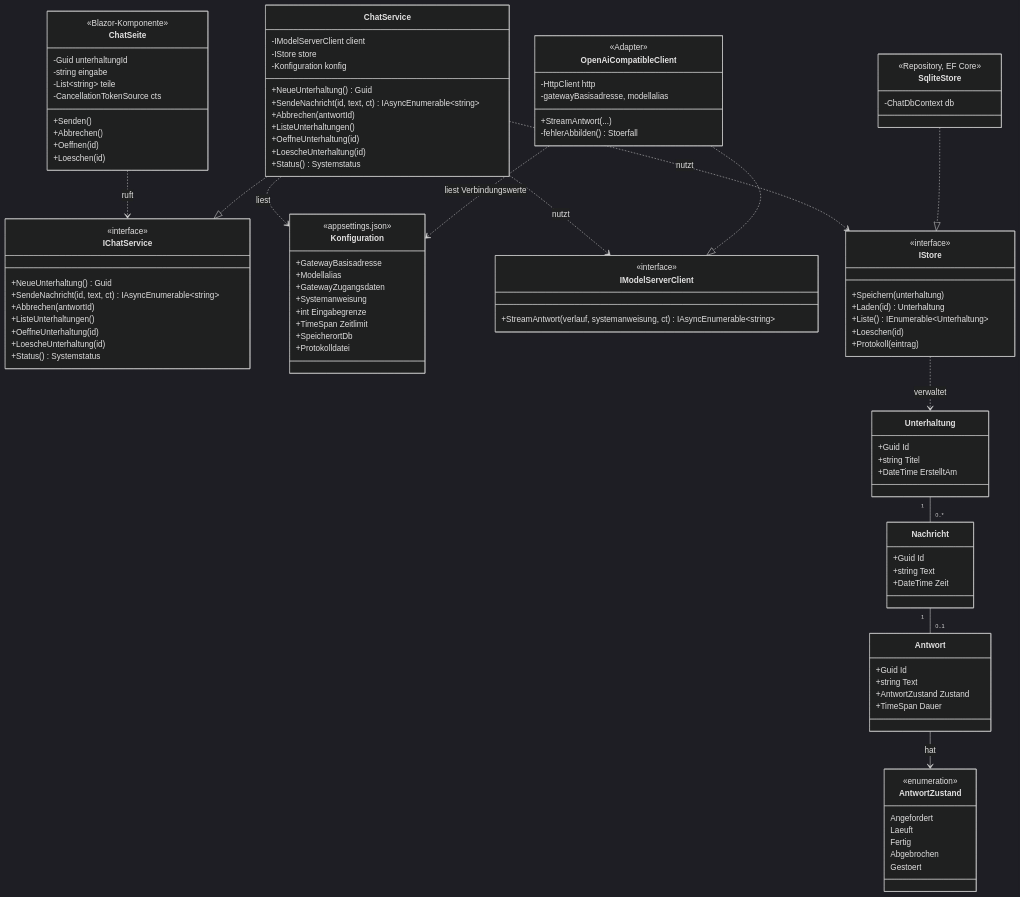
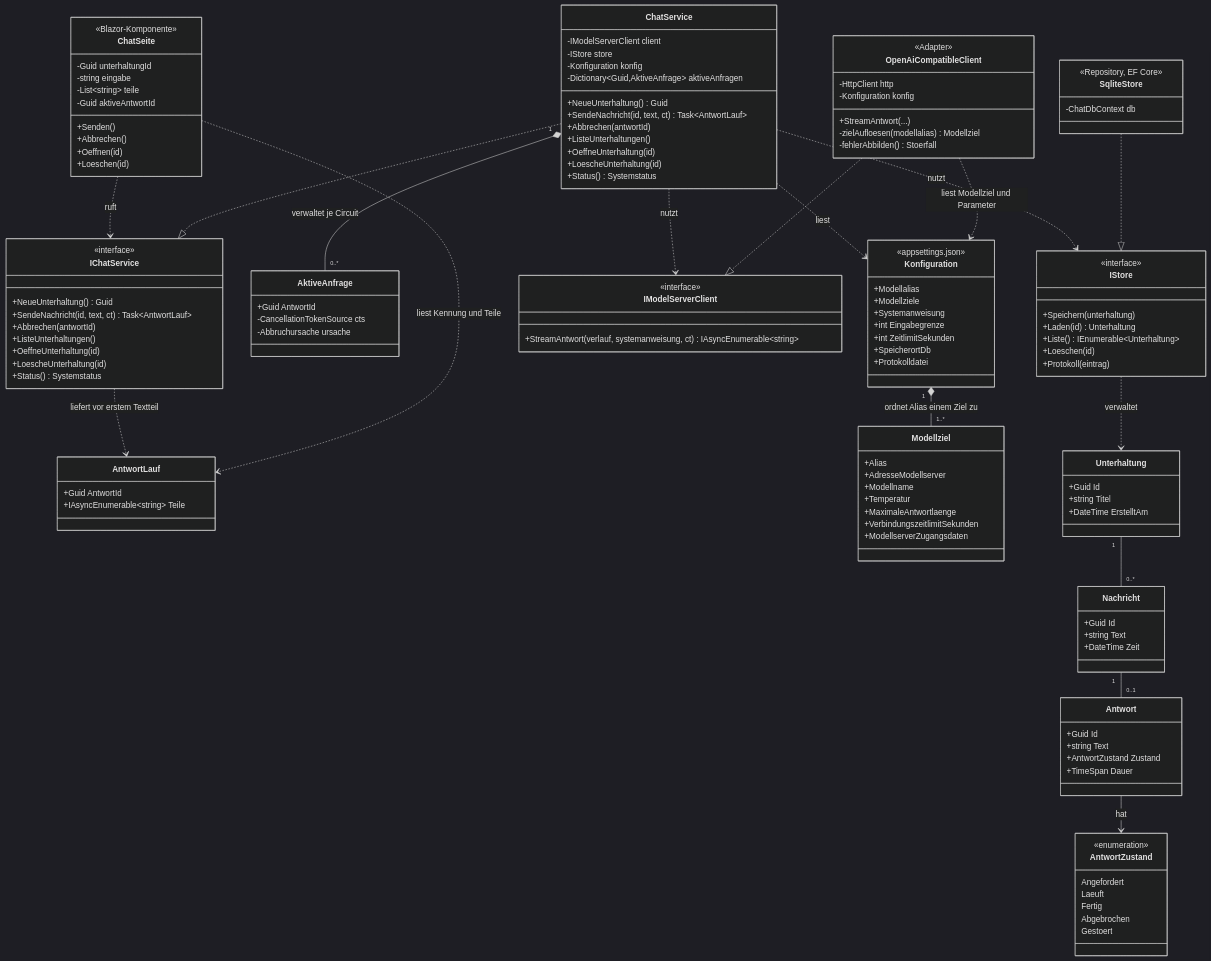
The second of 5 diagrams in agent/Design.md (thedmo/CustomLocalAiFront), drawn with Mermaid (dark theme) before and after one commit. The commit also changed other lines of this file, not shown here.

```diff
--- a/agent/Design.md
+++ b/agent/Design.md
@@ -70,7 +93,7 @@
         -Guid unterhaltungId
         -string eingabe
         -List~string~ teile
-        -CancellationTokenSource cts
+        -Guid aktiveAntwortId
         +Senden()
         +Abbrechen()
         +Oeffnen(id)
@@ -80,8 +103,9 @@
         -IModelServerClient client
         -IStore store
         -Konfiguration konfig
+        -Dictionary~Guid,AktiveAnfrage~ aktiveAnfragen
         +NeueUnterhaltung() Guid
-        +SendeNachricht(id, text, ct) IAsyncEnumerable~string~
+        +SendeNachricht(id, text, ct) Task~AntwortLauf~
         +Abbrechen(antwortId)
         +ListeUnterhaltungen()
         +OeffneUnterhaltung(id)
@@ -91,23 +115,40 @@
     class IChatService {
         <<interface>>
         +NeueUnterhaltung() Guid
-        +SendeNachricht(id, text, ct) IAsyncEnumerable~string~
+        +SendeNachricht(id, text, ct) Task~AntwortLauf~
         +Abbrechen(antwortId)
         +ListeUnterhaltungen()
         +OeffneUnterhaltung(id)
         +LoescheUnterhaltung(id)
         +Status() Systemstatus
     }
+    class AntwortLauf {
+        +Guid AntwortId
+        +IAsyncEnumerable~string~ Teile
+    }
+    class AktiveAnfrage {
+        +Guid AntwortId
+        -CancellationTokenSource cts
+        -Abbruchursache ursache
+    }
     class Konfiguration {
         <<appsettings.json>>
-        +GatewayBasisadresse
         +Modellalias
-        +GatewayZugangsdaten
+        +Modellziele
         +Systemanweisung
         +int Eingabegrenze
-        +TimeSpan Zeitlimit
+        +int ZeitlimitSekunden
         +SpeicherortDb
         +Protokolldatei
+    }
+    class Modellziel {
+        +Alias
+        +AdresseModellserver
+        +Modellname
+        +Temperatur
+        +MaximaleAntwortlaenge
+        +VerbindungszeitlimitSekunden
+        +ModellserverZugangsdaten
     }
     class IModelServerClient {
         <<interface>>
@@ -124,8 +165,9 @@
     class OpenAiCompatibleClient {
         <<Adapter>>
         -HttpClient http
-        -gatewayBasisadresse, modellalias
+        -Konfiguration konfig
         +StreamAntwort(...)
+        -zielAufloesen(modellalias) Modellziel
         -fehlerAbbilden() Stoerfall
     }
     class SqliteStore {
@@ -161,8 +203,12 @@
     ChatService ..> IModelServerClient : nutzt
     ChatService ..> IStore : nutzt
     ChatService ..> Konfiguration : liest
+    ChatService "1" *-- "0..*" AktiveAnfrage : verwaltet je Circuit
+    IChatService ..> AntwortLauf : liefert vor erstem Textteil
+    ChatSeite ..> AntwortLauf : liest Kennung und Teile
     OpenAiCompatibleClient ..|> IModelServerClient
-    OpenAiCompatibleClient ..> Konfiguration : liest Verbindungswerte
+    OpenAiCompatibleClient ..> Konfiguration : liest Modellziel und Parameter
+    Konfiguration "1" *-- "1..*" Modellziel : ordnet Alias einem Ziel zu
     SqliteStore ..|> IStore
     IStore ..> Unterhaltung : verwaltet
     Unterhaltung "1" -- "0..*" Nachricht
```
